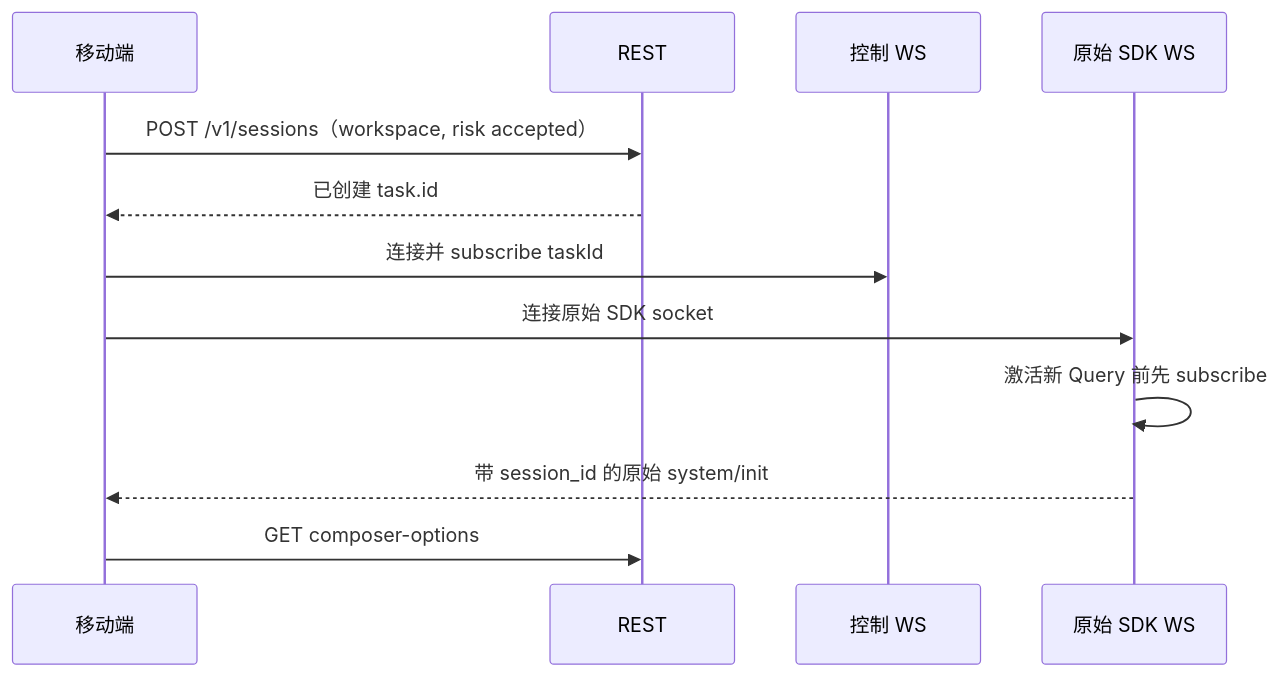
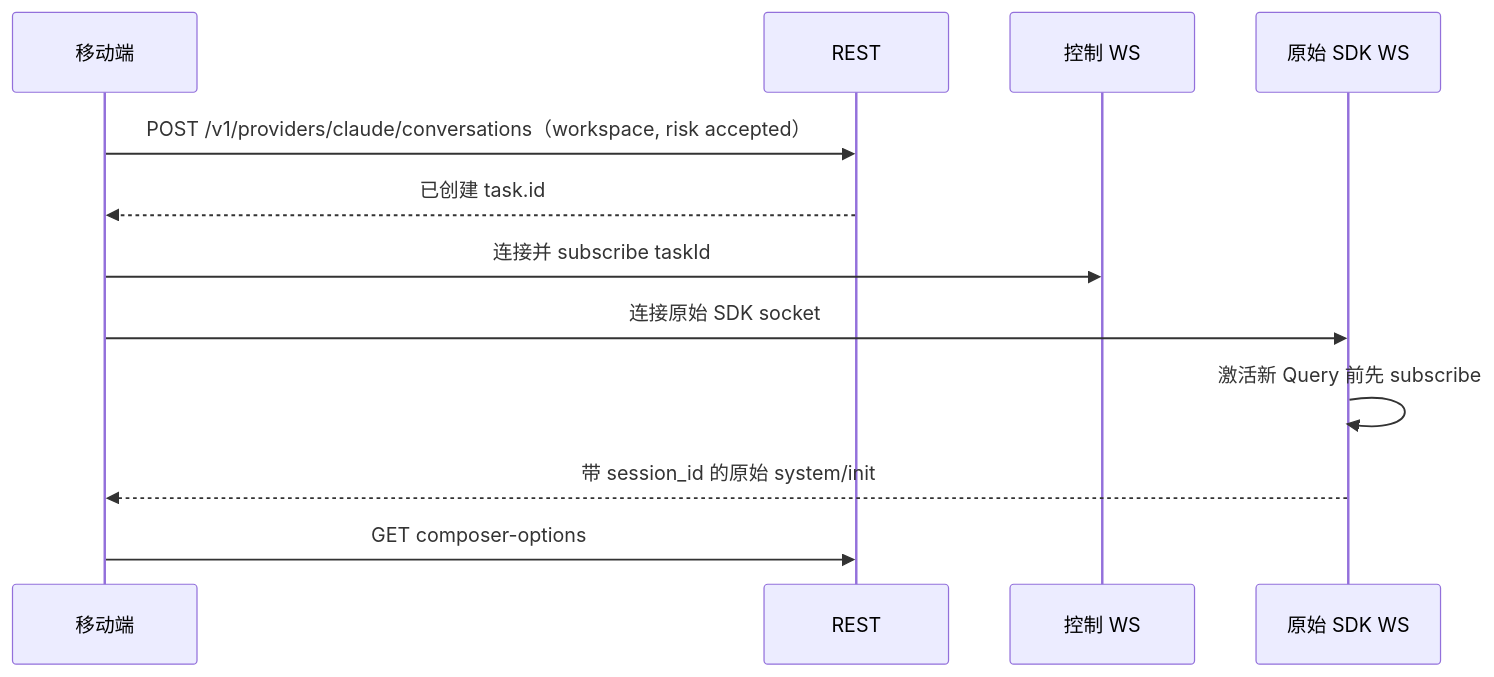
Before and after one commit to loomou/PocketPilot: the fourth of 10 diagrams in docs/mobile-integration-guide.zh-CN.md, drawn with Mermaid. The commit also changed other lines of this file and 17 other files, not shown here.

````diff
--- a/docs/mobile-integration-guide.zh-CN.md
+++ b/docs/mobile-integration-guide.zh-CN.md
@@ -911,14 +919,14 @@
 ```mermaid
 sequenceDiagram
     participant M as 移动端
     participant R as REST
     participant C as 控制 WS
     participant S as 原始 SDK WS
-    M->>R: POST /v1/sessions（workspace, risk accepted）
+    M->>R: POST /v1/providers/claude/conversations（workspace, risk accepted）
     R-->>M: 已创建 task.id
     M->>C: 连接并 subscribe taskId
     M->>S: 连接原始 SDK socket
     S->>S: 激活新 Query 前先 subscribe
     S-->>M: 带 session_id 的原始 system/init
     M->>R: GET composer-options
 ```
````
